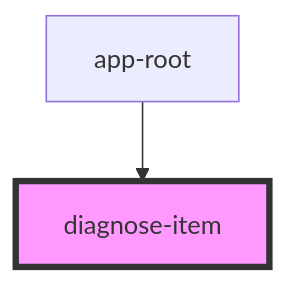
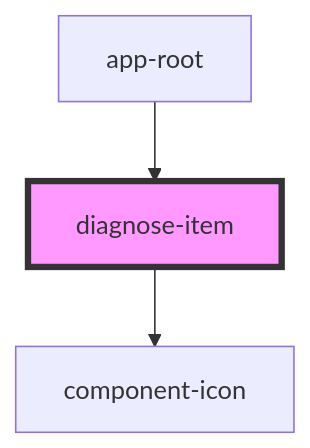
The diagram in rest-diagnostic/src/components/item/readme.md (grantlouisherman/rest-diagnostic-stencil), drawn with Mermaid before and after one commit. The commit also changed other lines of this file and 7 other files, not shown here.

````diff
--- a/rest-diagnostic/src/components/item/readme.md
+++ b/rest-diagnostic/src/components/item/readme.md
@@ -15,5 +28,6 @@
 ```mermaid
 graph TD;
+  diagnose-item --> component-icon
   app-root --> diagnose-item
   style diagnose-item fill:#f9f,stroke:#333,stroke-width:4px
 ```
````
